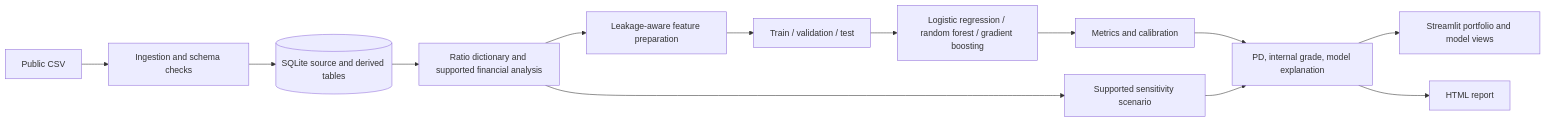
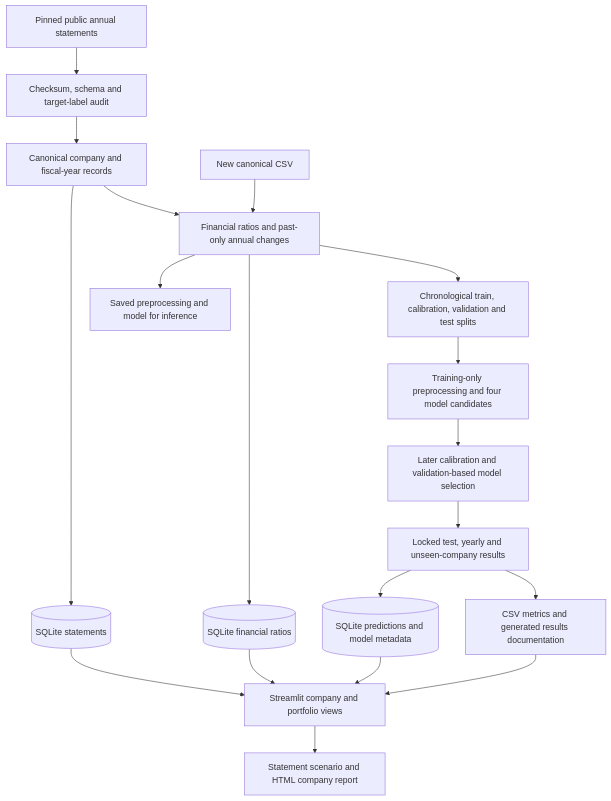
The diagram in docs/architecture.md (KavyaShah001/Credit-RIsk-Assessment), drawn with Mermaid before and after one commit. The commit also changed other lines of this file and 4 other files, not shown here.

````diff
--- a/docs/architecture.md
+++ b/docs/architecture.md
@@ -50,15 +7,21 @@
 ```mermaid
-flowchart LR
-    A[Public CSV] --> B[Ingestion and schema checks]
-    B --> C[(SQLite source and derived tables)]
-    C --> D[Ratio dictionary and supported financial analysis]
-    D --> E[Leakage-aware feature preparation]
-    E --> F[Train / validation / test]
-    F --> G[Logistic regression / random forest / gradient boosting]
-    G --> H[Metrics and calibration]
-    H --> I[PD, internal grade, model explanation]
-    I --> J[Streamlit portfolio and model views]
-    I --> K[HTML report]
-    D --> L[Supported sensitivity scenario]
-    L --> I
+flowchart TD
+    A[Pinned public annual statements] --> B[Checksum, schema and target-label audit]
+    B --> C[Canonical company and fiscal-year records]
+    C --> D[Financial ratios and past-only annual changes]
+    D --> E[Chronological train, calibration, validation and test splits]
+    E --> F[Training-only preprocessing and four model candidates]
+    F --> G[Later calibration and validation-based model selection]
+    G --> H[Locked test, yearly and unseen-company results]
+    C --> I[(SQLite statements)]
+    D --> J[(SQLite financial ratios)]
+    H --> K[(SQLite predictions and model metadata)]
+    H --> L[CSV metrics and generated results documentation]
+    I --> M[Streamlit company and portfolio views]
+    J --> M
+    K --> M
+    L --> M
+    M --> N[Statement scenario and HTML company report]
+    O[New canonical CSV] --> D
+    D --> P[Saved preprocessing and model for inference]
 ```
````
